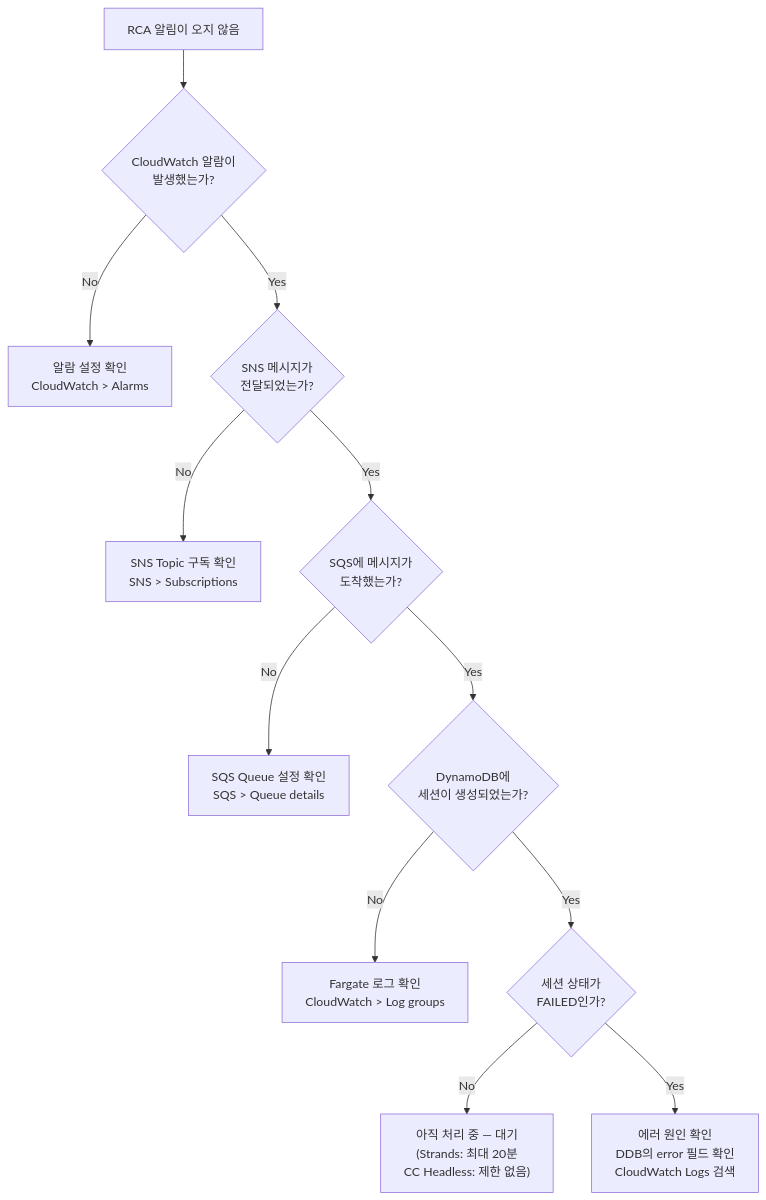
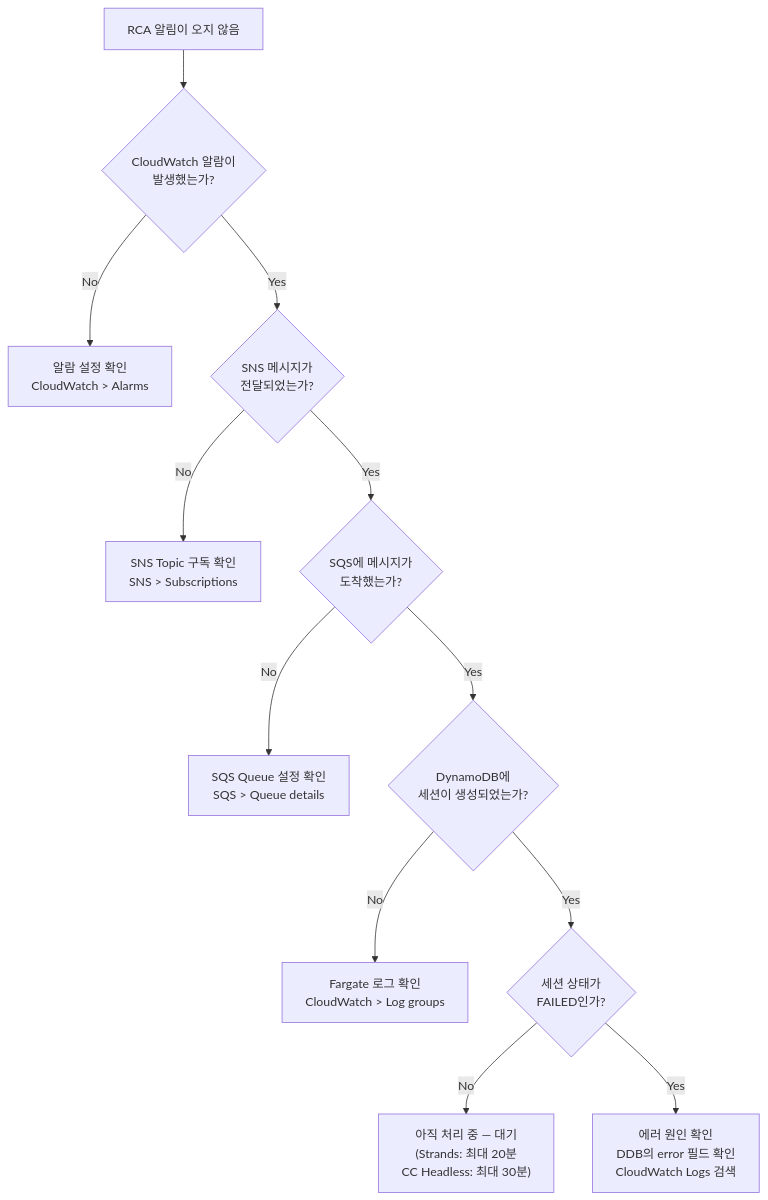
Before and after one commit to haandol/rca-agent: diagram 21 of 22 in docs/system-guide-for-ops.md, drawn with Mermaid. The commit also changed other lines of this file and 98 other files, not shown here.

````diff
--- a/docs/system-guide-for-ops.md
+++ b/docs/system-guide-for-ops.md
@@ -954,14 +954,14 @@
 ```mermaid
 flowchart TD
     START["RCA 알림이 오지 않음"] --> Q1{"CloudWatch 알람이<br/>발생했는가?"}
     Q1 -->|"No"| A1["알람 설정 확인<br/>CloudWatch > Alarms"]
     Q1 -->|"Yes"| Q2{"SNS 메시지가<br/>전달되었는가?"}
     Q2 -->|"No"| A2["SNS Topic 구독 확인<br/>SNS > Subscriptions"]
     Q2 -->|"Yes"| Q3{"SQS에 메시지가<br/>도착했는가?"}
     Q3 -->|"No"| A3["SQS Queue 설정 확인<br/>SQS > Queue details"]
     Q3 -->|"Yes"| Q4{"DynamoDB에<br/>세션이 생성되었는가?"}
     Q4 -->|"No"| A4["Fargate 로그 확인<br/>CloudWatch > Log groups"]
     Q4 -->|"Yes"| Q5{"세션 상태가<br/>FAILED인가?"}
-    Q5 -->|"No"| A5["아직 처리 중 — 대기<br/>(Strands: 최대 20분<br/>CC Headless: 제한 없음)"]
+    Q5 -->|"No"| A5["아직 처리 중 — 대기<br/>(Strands: 최대 20분<br/>CC Headless: 최대 30분)"]
     Q5 -->|"Yes"| A6["에러 원인 확인<br/>DDB의 error 필드 확인<br/>CloudWatch Logs 검색"]
 ```
````
